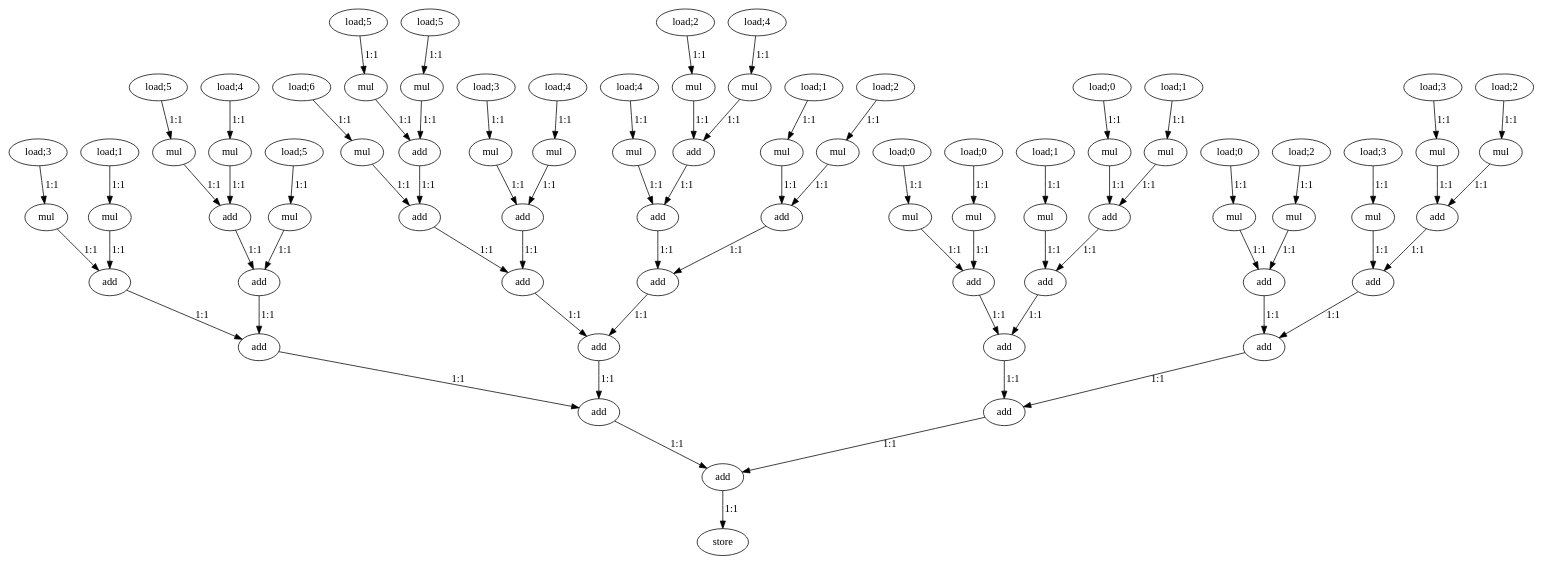
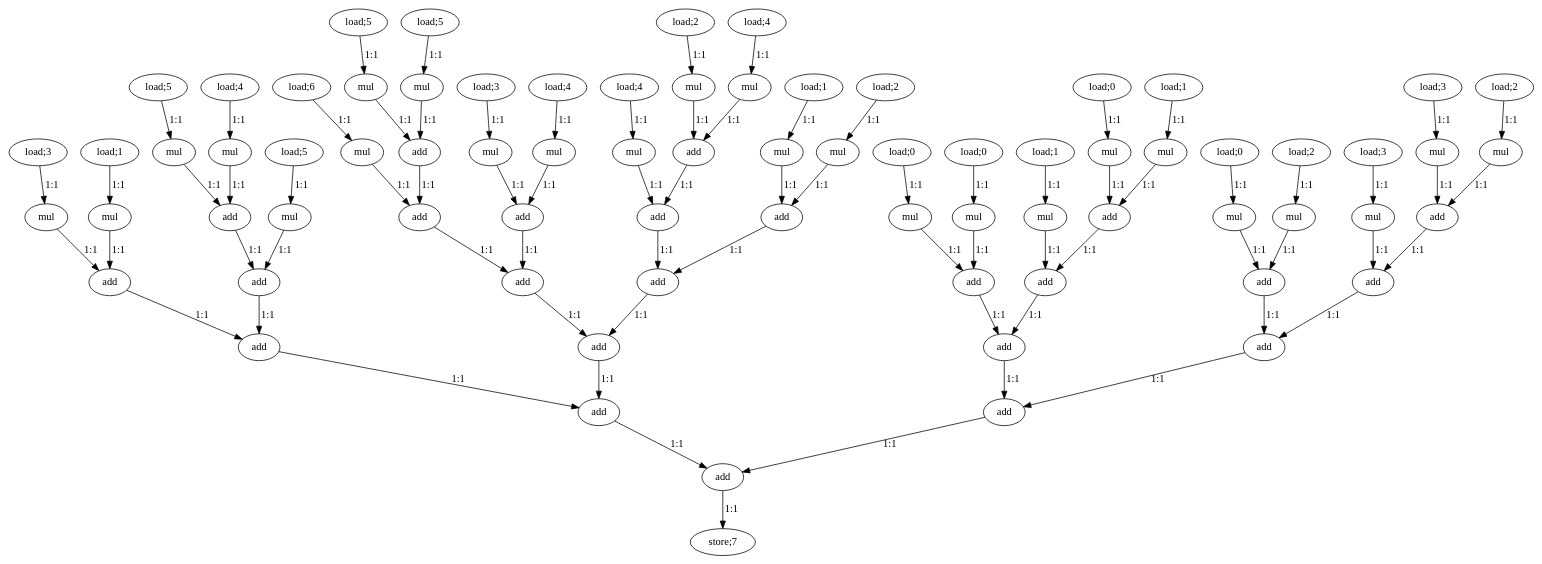
The diagram in large_dfgs/GaussianBlur.dot (nikhilsambhus/DFGprop), drawn with Graphviz before and after one commit. The commit also changed 13 other files, not shown here.

```diff
--- a/large_dfgs/GaussianBlur.dot
+++ b/large_dfgs/GaussianBlur.dot
@@ -1,154 +1,154 @@
 digraph GaussianBlur {
 
   0 [label="load;0"];
   1 [label="load;0"];
   2 [label="load;0"];
   3 [label="load;0"];
   4 [label="load;1"];
   5 [label="load;1"];
   6 [label="load;1"];
   7 [label="load;1"];
   8 [label="load;2"];
   9 [label="load;2"];
   10 [label="load;2"];
   11 [label="load;2"];
   12 [label="load;3"];
   13 [label="load;3"];
   14 [label="load;3"];
   15 [label="load;3"];
   16 [label="load;4"];
   17 [label="load;4"];
   18 [label="load;4"];
   19 [label="load;4"];
   20 [label="load;5"];
   21 [label="load;5"];
   22 [label="load;5"];
   23 [label="load;5"];
   24 [label="load;6"];
   25 [label="mul"];
   26 [label="mul"];
   27 [label="mul"];
   28 [label="mul"];
   29 [label="mul"];
   30 [label="mul"];
   31 [label="mul"];
   32 [label="mul"];
   33 [label="mul"];
   34 [label="mul"];
   35 [label="mul"];
   36 [label="mul"];
   37 [label="mul"];
   38 [label="mul"];
   39 [label="mul"];
   40 [label="mul"];
   41 [label="mul"];
   42 [label="mul"];
   43 [label="mul"];
   44 [label="mul"];
   45 [label="mul"];
   46 [label="mul"];
   47 [label="mul"];
   48 [label="mul"];
   49 [label="mul"];
   50 [label="add"];
   51 [label="add"];
   52 [label="add"];
   53 [label="add"];
   54 [label="add"];
   55 [label="add"];
   56 [label="add"];
   57 [label="add"];
   58 [label="add"];
   59 [label="add"];
   60 [label="add"];
   61 [label="add"];
   62 [label="add"];
   63 [label="add"];
   64 [label="add"];
   65 [label="add"];
   66 [label="add"];
   67 [label="add"];
   68 [label="add"];
   69 [label="add"];
   70 [label="add"];
   71 [label="add"];
   72 [label="add"];
   73 [label="add"];
-  74 [label="store"];
+  74 [label="store;7"];
 
 
   0->25 [label="1:1"];
   1->26 [label="1:1"];
   2->27 [label="1:1"];
   3->28 [label="1:1"];
   4->29 [label="1:1"];
   5->30 [label="1:1"];
   6->31 [label="1:1"];
   7->32 [label="1:1"];
   8->33 [label="1:1"];
   9->34 [label="1:1"];
   10->35 [label="1:1"];
   11->36 [label="1:1"];
   12->37 [label="1:1"];
   13->38 [label="1:1"];
   14->39 [label="1:1"];
   15->40 [label="1:1"];
   16->41 [label="1:1"];
   17->42 [label="1:1"];
   18->43 [label="1:1"];
   19->44 [label="1:1"];
   20->45 [label="1:1"];
   21->46 [label="1:1"];
   22->47 [label="1:1"];
   23->48 [label="1:1"];
   24->49 [label="1:1"];
   25->50 [label="1:1"];
   26->50 [label="1:1"];
   27->51 [label="1:1"];
   28->52 [label="1:1"];
   29->53 [label="1:1"];
   30->51 [label="1:1"];
   31->60 [label="1:1"];
   32->54 [label="1:1"];
   33->52 [label="1:1"];
   34->55 [label="1:1"];
   35->53 [label="1:1"];
   36->56 [label="1:1"];
   37->57 [label="1:1"];
   38->55 [label="1:1"];
   39->61 [label="1:1"];
   40->54 [label="1:1"];
   41->58 [label="1:1"];
   42->56 [label="1:1"];
   43->62 [label="1:1"];
   44->57 [label="1:1"];
   45->59 [label="1:1"];
   46->58 [label="1:1"];
   47->63 [label="1:1"];
   48->59 [label="1:1"];
   49->64 [label="1:1"];
   50->65 [label="1:1"];
   51->60 [label="1:1"];
   52->66 [label="1:1"];
   53->67 [label="1:1"];
   54->68 [label="1:1"];
   55->61 [label="1:1"];
   56->62 [label="1:1"];
   57->69 [label="1:1"];
   58->63 [label="1:1"];
   59->64 [label="1:1"];
   60->65 [label="1:1"];
   61->66 [label="1:1"];
   62->67 [label="1:1"];
   63->68 [label="1:1"];
   64->69 [label="1:1"];
   65->70 [label="1:1"];
   66->70 [label="1:1"];
   67->71 [label="1:1"];
   68->72 [label="1:1"];
   69->71 [label="1:1"];
   70->73 [label="1:1"];
   71->72 [label="1:1"];
   72->73 [label="1:1"];
   73->74 [label="1:1"];
 }
```
